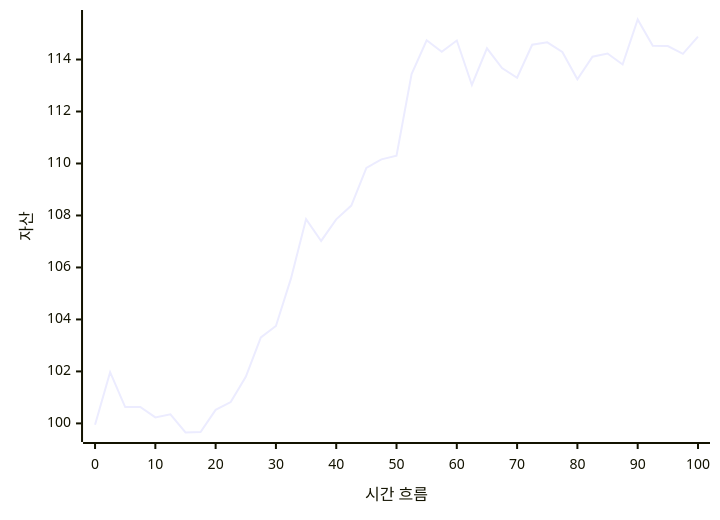
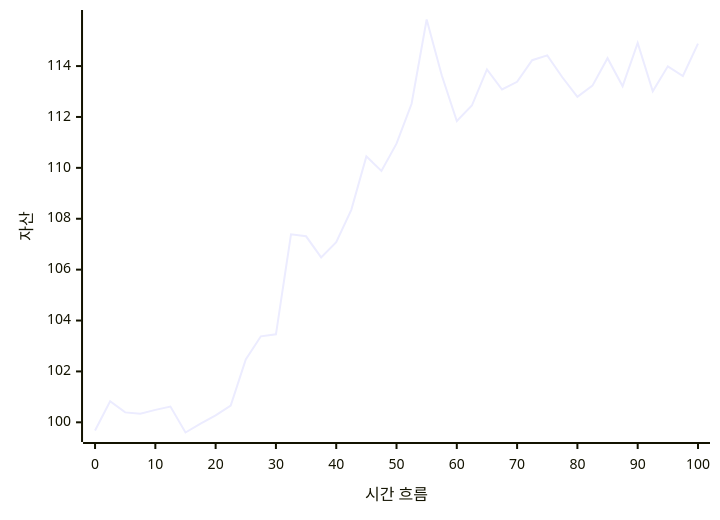
One commit to ksuin39/24h_bot changed the first of 2 diagrams in evolution/README.md. Above: the diagram before and after it, drawn with Mermaid. The commit also changed other lines of this file and 4 other files, not shown here.

````diff
--- a/evolution/README.md
+++ b/evolution/README.md
@@ -24,6 +26,6 @@
 ```mermaid
 xychart-beta
     x-axis "시간 흐름" 0 --> 100
     y-axis "자산"
-    line [99.95, 101.97, 100.63, 100.63, 100.23, 100.35, 99.65, 99.67, 100.52, 100.82, 101.79, 103.31, 103.75, 105.58, 107.86, 107.02, 107.85, 108.38, 109.83, 110.16, 110.30, 113.44, 114.74, 114.30, 114.73, 113.02, 114.43, 113.67, 113.30, 114.57, 114.66, 114.29, 113.24, 114.11, 114.23, 113.81, 115.54, 114.53, 114.52, 114.22, 114.88]
+    line [99.68, 100.83, 100.39, 100.34, 100.49, 100.62, 99.60, 99.95, 100.27, 100.66, 102.47, 103.38, 103.46, 107.39, 107.31, 106.48, 107.08, 108.35, 110.45, 109.88, 110.95, 112.52, 115.83, 113.64, 111.84, 112.45, 113.87, 113.08, 113.38, 114.23, 114.42, 113.56, 112.79, 113.23, 114.31, 113.21, 114.91, 113.01, 113.99, 113.61, 114.88]
 ```
````
